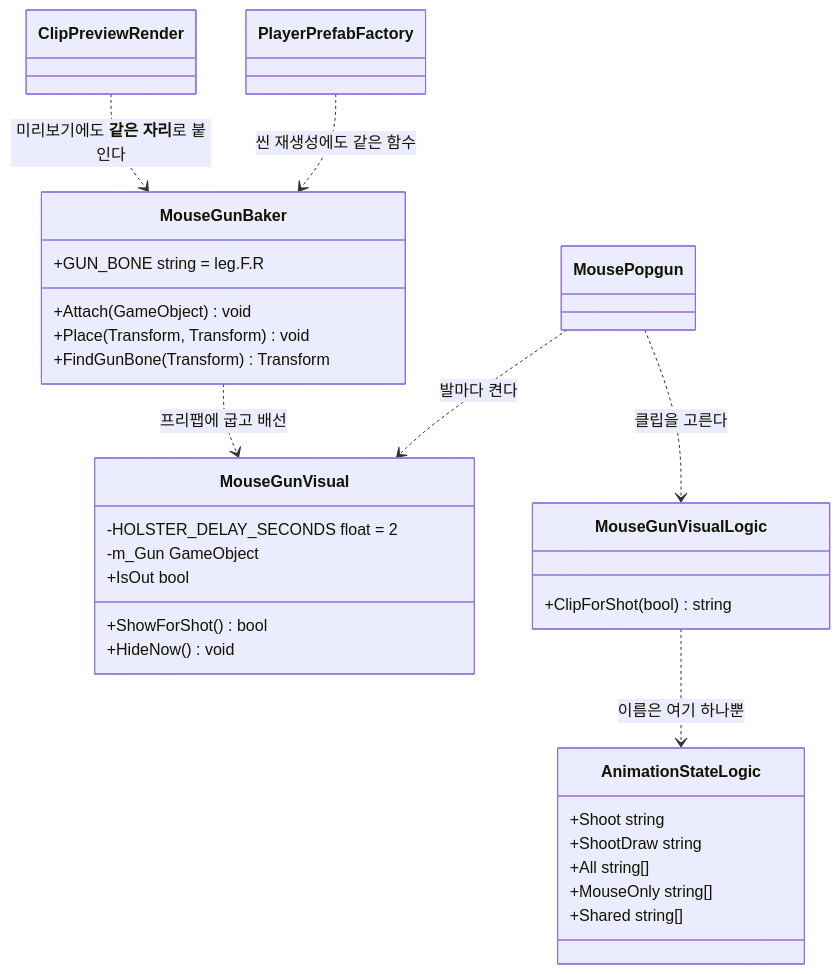
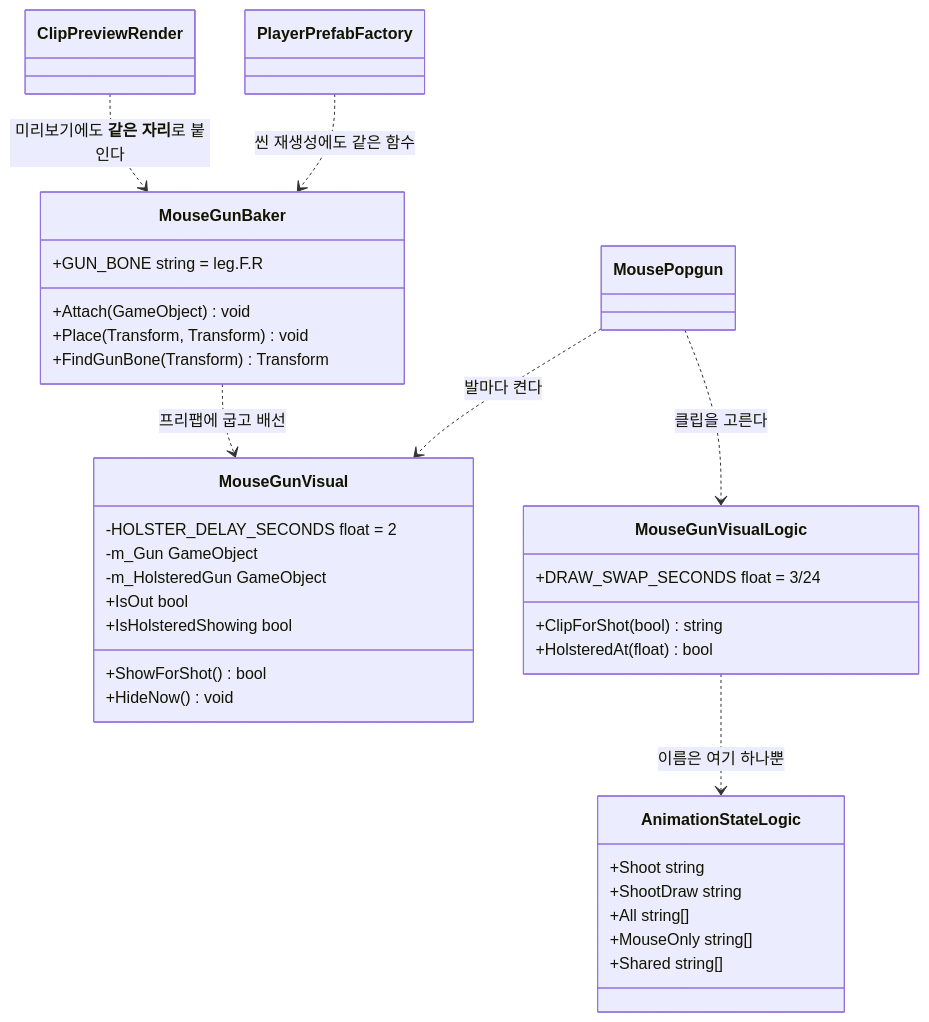
Diagram 50 of 51 in CTC/docs/design-vault/코드 다이어그램.md (JeahanPark/The-Cheese-Thief-and-the-Cat), drawn with Mermaid before and after one commit. The commit also changed other lines of this file and 7 other files, not shown here.

````diff
--- a/CTC/docs/design-vault/코드 다이어그램.md
+++ b/CTC/docs/design-vault/코드 다이어그램.md
@@ -2843,32 +2846,36 @@
 ```mermaid
 classDiagram
     class MouseGunVisual {
         -HOLSTER_DELAY_SECONDS float = 2
         -m_Gun GameObject
+        -m_HolsteredGun GameObject
         +IsOut bool
+        +IsHolsteredShowing bool
         +ShowForShot() bool
         +HideNow() void
     }
     class MouseGunVisualLogic {
+        +DRAW_SWAP_SECONDS float = 3/24
         +ClipForShot(bool) string
+        +HolsteredAt(float) bool
     }
     class AnimationStateLogic {
         +Shoot string
         +ShootDraw string
         +All string[]
         +MouseOnly string[]
         +Shared string[]
     }
     class MouseGunBaker {
         +GUN_BONE string = leg.F.R
         +Attach(GameObject) void
         +Place(Transform, Transform) void
         +FindGunBone(Transform) Transform
     }
     MousePopgun ..> MouseGunVisual : 발마다 켠다
     MousePopgun ..> MouseGunVisualLogic : 클립을 고른다
     MouseGunVisualLogic ..> AnimationStateLogic : 이름은 여기 하나뿐
     MouseGunBaker ..> MouseGunVisual : 프리팹에 굽고 배선
     ClipPreviewRender ..> MouseGunBaker : 미리보기에도 **같은 자리**로 붙인다
     PlayerPrefabFactory ..> MouseGunBaker : 씬 재생성에도 같은 함수
 ```
````
